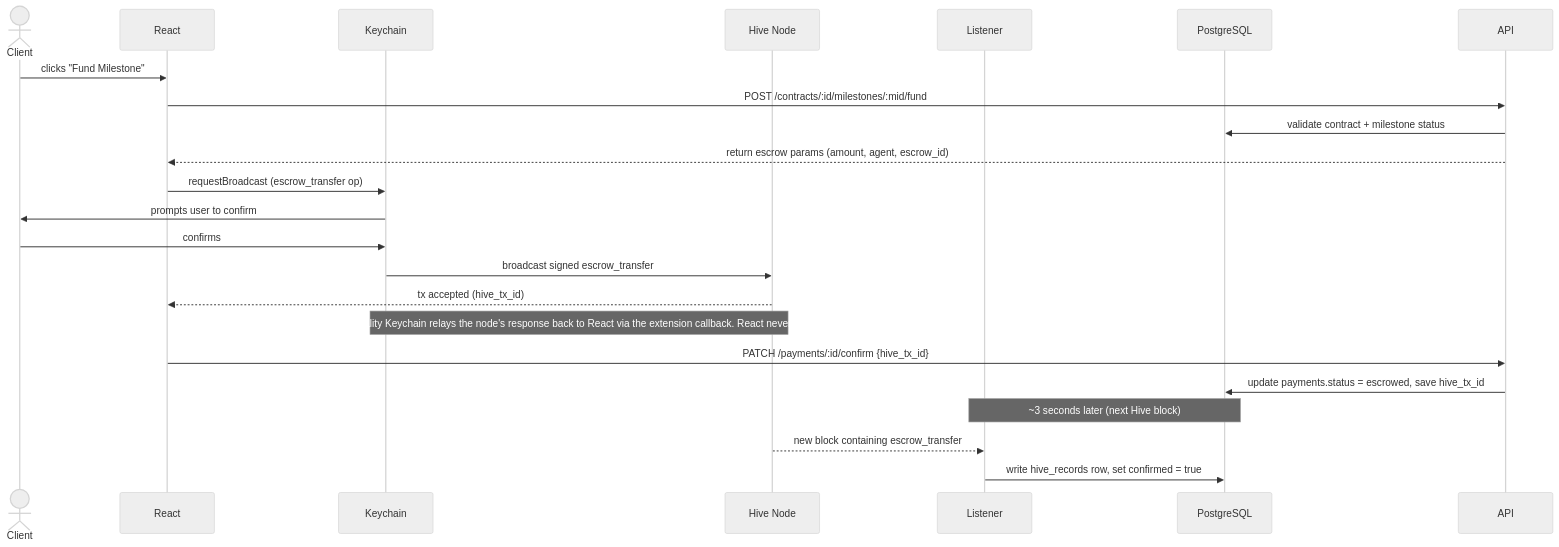
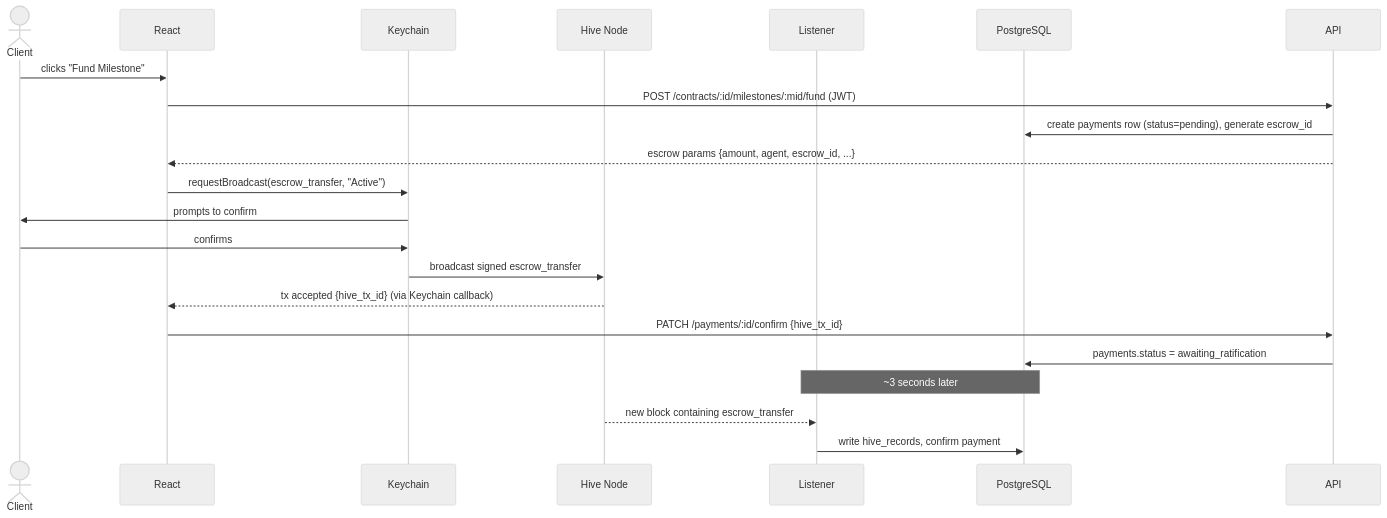
One commit to hdev-core/hive-freelance changed the second of 3 diagrams in Docs/[03] System_Architecture_Data_Model/[03] Architecture_and_API.md. Above: the diagram before and after it, drawn with Mermaid. The commit also changed other lines of this file and 3 other files, not shown here.

````diff
--- a/Docs/[03] System_Architecture_Data_Model/[03] Architecture_and_API.md
+++ b/Docs/[03] System_Architecture_Data_Model/[03] Architecture_and_API.md
@@ -86,30 +76,29 @@
 ```mermaid
 %%{init: {'theme': 'neutral'}}%%
 sequenceDiagram
     actor Client
     participant React
     participant Keychain
     participant HiveNode as Hive Node
     participant Listener
     participant DB as PostgreSQL
     participant API
 
     Client->>React: clicks "Fund Milestone"
-    React->>API: POST /contracts/:id/milestones/:mid/fund
-    API->>DB: validate contract + milestone status
-    API-->>React: return escrow params (amount, agent, escrow_id)
+    React->>API: POST /contracts/:id/milestones/:mid/fund (JWT)
+    API->>DB: create payments row (status=pending), generate escrow_id
+    API-->>React: escrow params {amount, agent, escrow_id, ...}
 
-    React->>Keychain: requestBroadcast (escrow_transfer op)
-    Keychain->>Client: prompts user to confirm
+    React->>Keychain: requestBroadcast(escrow_transfer, "Active")
+    Keychain->>Client: prompts to confirm
     Client->>Keychain: confirms
     Keychain->>HiveNode: broadcast signed escrow_transfer
-    HiveNode-->>React: tx accepted (hive_tx_id)
-    Note over Keychain,HiveNode: Diagram simplification — in reality Keychain relays the node's response back to React via the extension callback. React never talks to the Hive node directly.
+    HiveNode-->>React: tx accepted {hive_tx_id} (via Keychain callback)
 
     React->>API: PATCH /payments/:id/confirm {hive_tx_id}
-    API->>DB: update payments.status = escrowed, save hive_tx_id
+    API->>DB: payments.status = awaiting_ratification
 
-    Note over Listener,DB: ~3 seconds later (next Hive block)
+    Note over Listener,DB: ~3 seconds later
     HiveNode-->>Listener: new block containing escrow_transfer
-    Listener->>DB: write hive_records row, set confirmed = true
+    Listener->>DB: write hive_records, confirm payment
 ```
````
